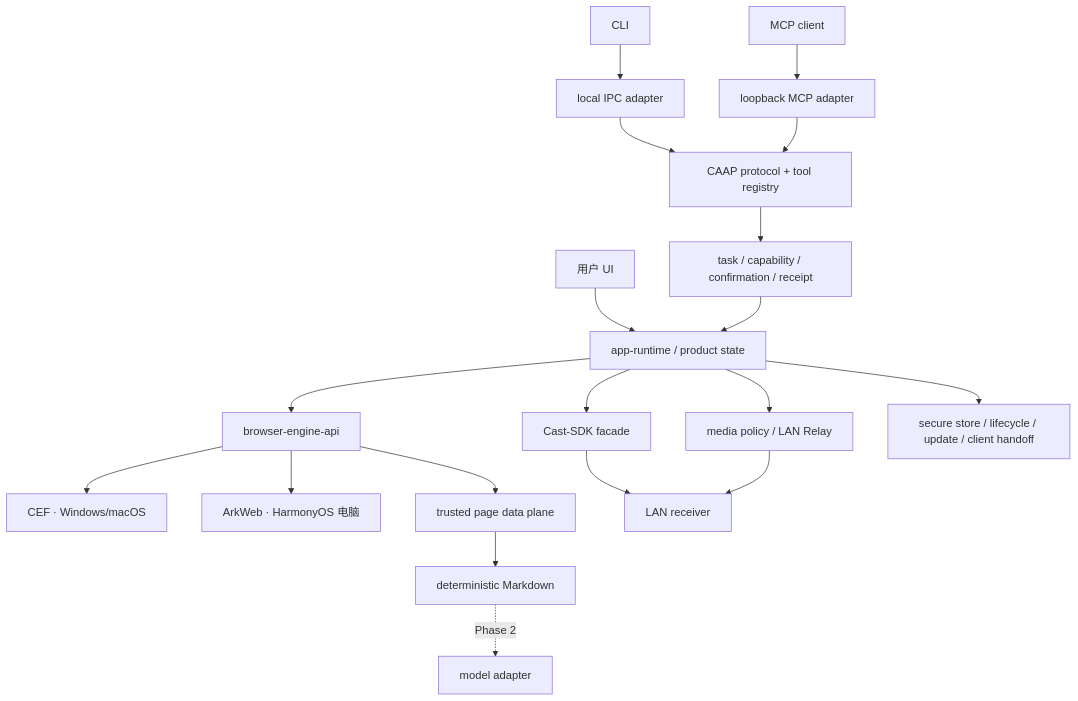
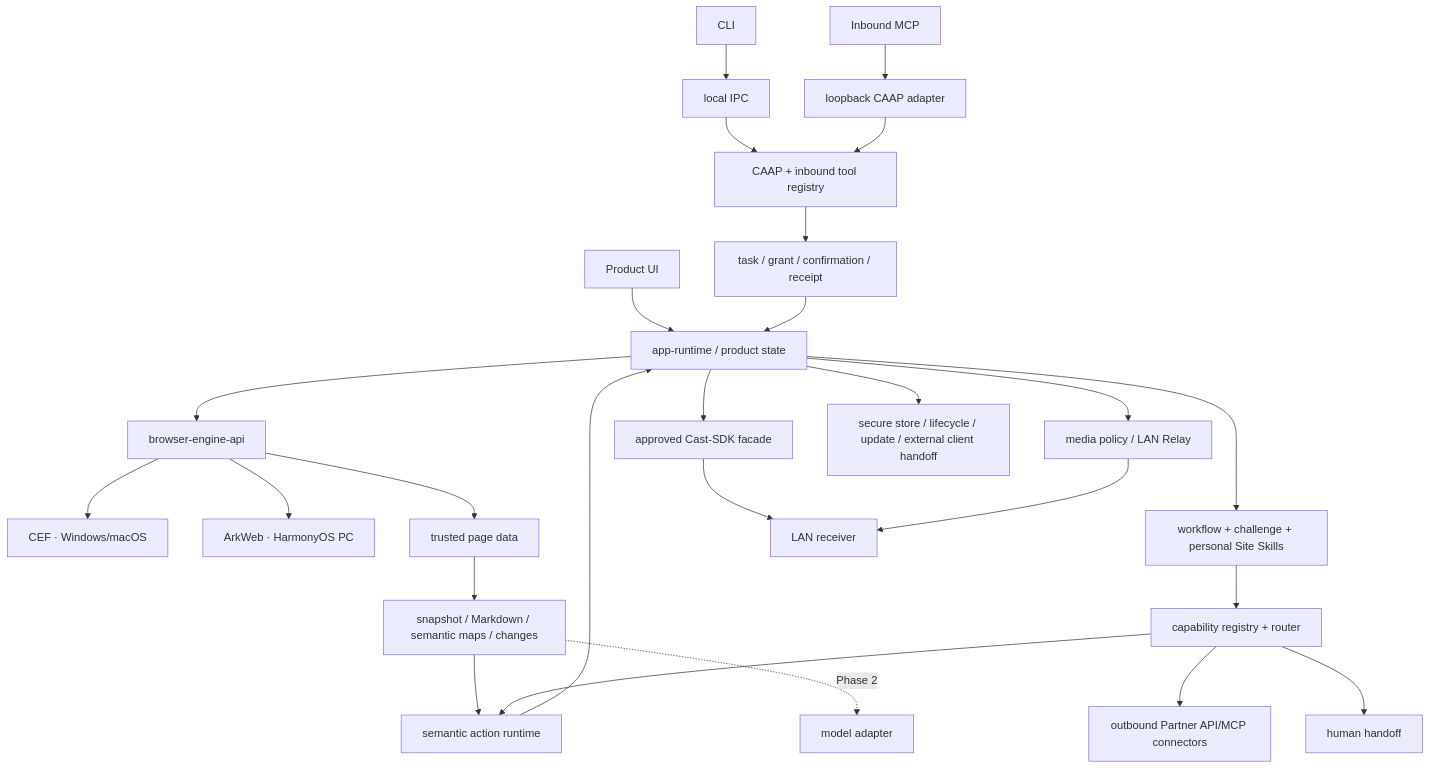
One commit to shenyingjun5/crayon-browser changed the first of 4 diagrams in docs/current/architecture.md. Above: the diagram before and after it, drawn with Mermaid. The commit also changed other lines of this file and 26 other files, not shown here.

Commit message:
docs(product): align Agent-native PRD and roadmaps

````diff
--- a/docs/current/architecture.md
+++ b/docs/current/architecture.md
@@ -11,23 +11,31 @@
 ```mermaid
 flowchart TB
-  USER["用户 UI"] --> APP["app-runtime / product state"]
-  CLI["CLI"] --> IPC["local IPC adapter"]
-  MCP["MCP client"] --> MCPAD["loopback MCP adapter"]
-  IPC --> CAAP["CAAP protocol + tool registry"]
+  USER["Product UI"] --> APP["app-runtime / product state"]
+  CLI["CLI"] --> IPC["local IPC"]
+  IMCP["Inbound MCP"] --> MCPAD["loopback CAAP adapter"]
+  IPC --> CAAP["CAAP + inbound tool registry"]
   MCPAD --> CAAP
-  CAAP --> GUARD["task / capability / confirmation / receipt"]
+  CAAP --> GUARD["task / grant / confirmation / receipt"]
   GUARD --> APP
 
   APP --> ENGINE["browser-engine-api"]
   ENGINE --> CEF["CEF · Windows/macOS"]
-  ENGINE --> ARK["ArkWeb · HarmonyOS 电脑"]
-  ENGINE --> SNAP["trusted page data plane"]
-  SNAP --> MD["deterministic Markdown"]
-  MD -. Phase 2 .-> MODEL["model adapter"]
+  ENGINE --> ARK["ArkWeb · HarmonyOS PC"]
+  ENGINE --> PAGE["trusted page data"]
+  PAGE --> MAPS["snapshot / Markdown / semantic maps / changes"]
+  MAPS --> ACTION["semantic action runtime"]
+  ACTION --> APP
+
+  APP --> FLOW["workflow + challenge + personal Site Skills"]
+  FLOW --> HUB["capability registry + router"]
+  HUB --> ACTION
+  HUB --> CONN["outbound Partner API/MCP connectors"]
+  HUB --> HUMAN["human handoff"]
 
   APP --> MEDIA["media policy / LAN Relay"]
-  APP --> CAST["Cast-SDK facade"]
+  APP --> CAST["approved Cast-SDK facade"]
   CAST --> RX["LAN receiver"]
   MEDIA --> RX
-  APP --> PLATFORM["secure store / lifecycle / update / client handoff"]
+  MAPS -. "Phase 2" .-> MODEL["model adapter"]
+  APP --> PLATFORM["secure store / lifecycle / update / external client handoff"]
 ```
````
